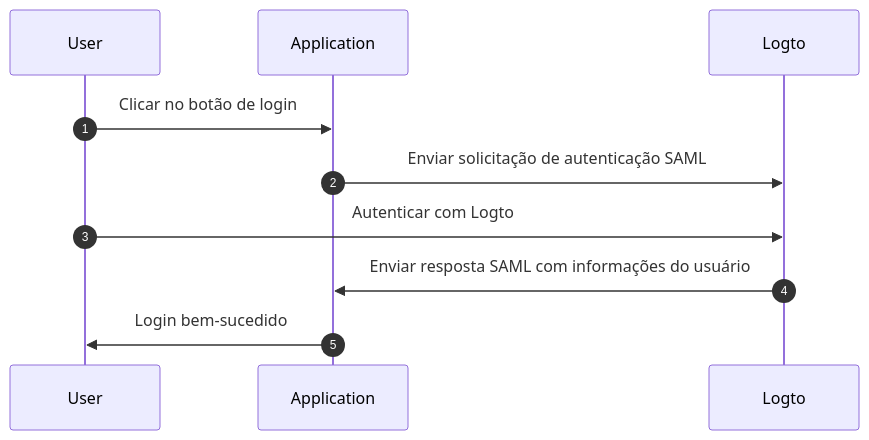
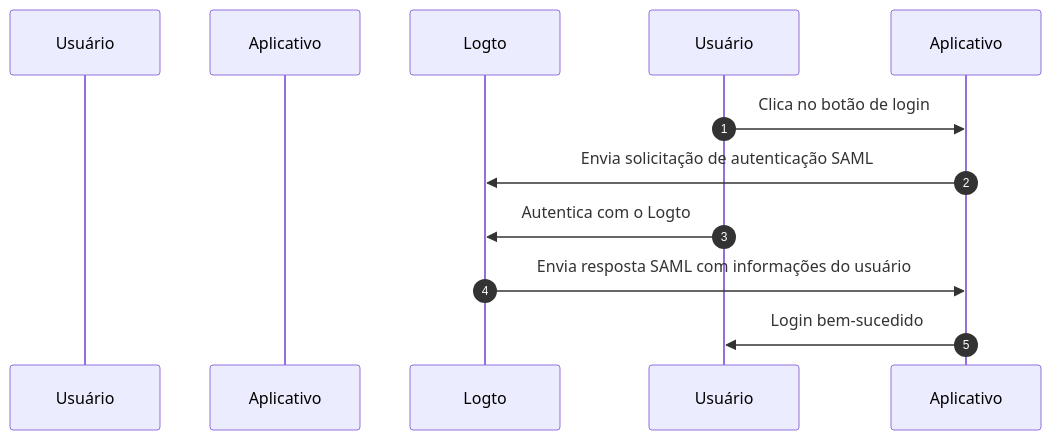
Before and after one commit to logto-io/docs: the fourth of 4 diagrams in i18n/pt-BR/docusaurus-plugin-content-docs/current/integrate-logto/integrate-logto-into-your-application/understand-authentication-flow.mdx, drawn with Mermaid. The commit also changed other lines of this file and 44 other files, not shown here.

````diff
--- a/i18n/pt-BR/docusaurus-plugin-content-docs/current/integrate-logto/integrate-logto-into-your-application/understand-authentication-flow.mdx
+++ b/i18n/pt-BR/docusaurus-plugin-content-docs/current/integrate-logto/integrate-logto-into-your-application/understand-authentication-flow.mdx
@@ -69,13 +97,13 @@
 ```mermaid
 sequenceDiagram
     autonumber
-    participant User
-    participant Application
+    participant User as Usuário
+    participant Application as Aplicativo
     participant Logto
 
-    User->>Application: Clicar no botão de login
-    Application->>Logto: Enviar solicitação de autenticação SAML
-    User->>Logto: Autenticar com Logto
-    Logto->>Application: Enviar resposta SAML com informações do usuário
-    Application->>User: Login bem-sucedido
+    Usuário->>Aplicativo: Clica no botão de login
+    Aplicativo->>Logto: Envia solicitação de autenticação SAML
+    Usuário->>Logto: Autentica com o Logto
+    Logto->>Aplicativo: Envia resposta SAML com informações do usuário
+    Aplicativo->>Usuário: Login bem-sucedido
 ```
````
